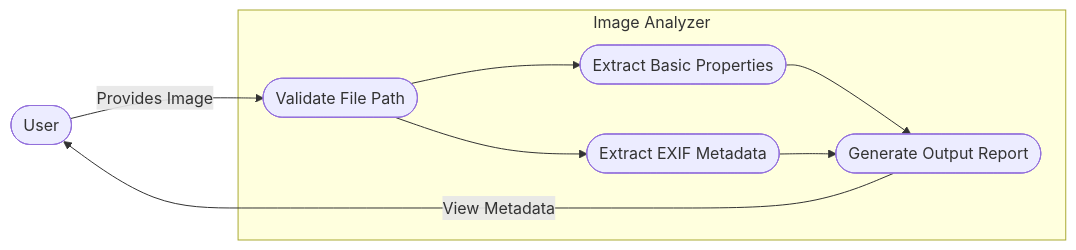
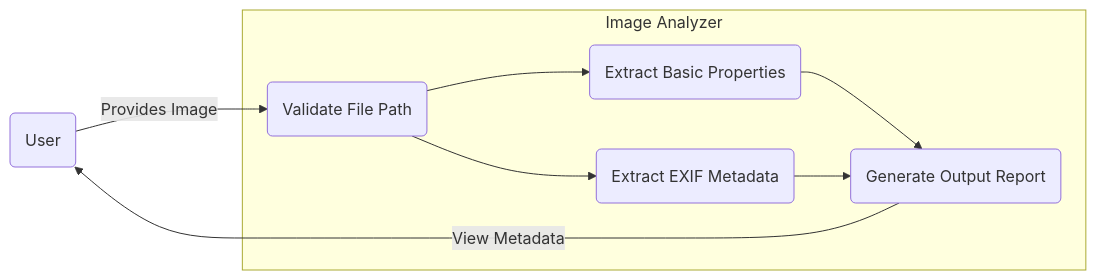
Before and after one commit to animishraa05/image-analyser: the diagram in README.md, drawn with Mermaid.

Commit message:
fix: simplify mermaid syntax for github compatibility

````diff
--- a/README.md
+++ b/README.md
@@ -19,17 +19,17 @@
 ```mermaid
-flowchart LR
-    User([User])
+graph LR
+    User(User)
     subgraph IA [Image Analyzer]
-        UC1([Validate File Path])
-        UC2([Extract Basic Properties])
-        UC3([Extract EXIF Metadata])
-        UC4([Generate Output Report])
+        UC1(Validate File Path)
+        UC2(Extract Basic Properties)
+        UC3(Extract EXIF Metadata)
+        UC4(Generate Output Report)
     end
     
     User -->|Provides Image| UC1
     UC1 --> UC2
     UC1 --> UC3
     UC2 --> UC4
     UC3 --> UC4
     UC4 -->|View Metadata| User
 ```
````
